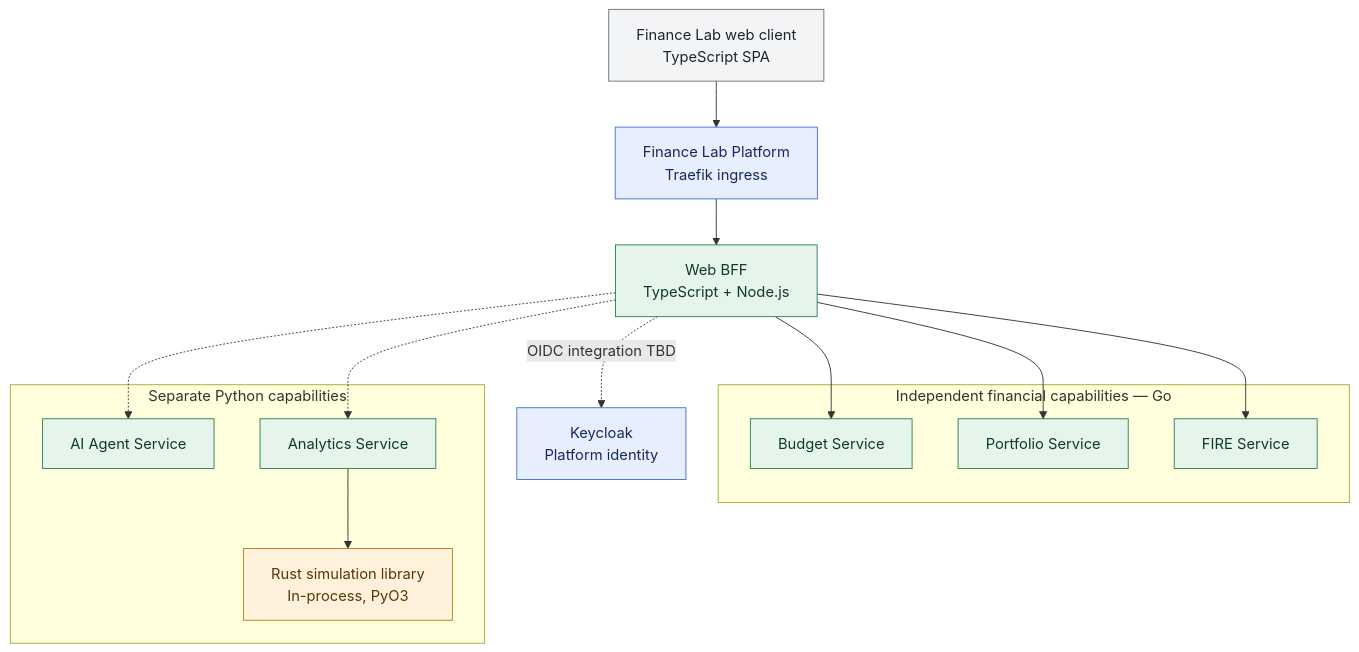
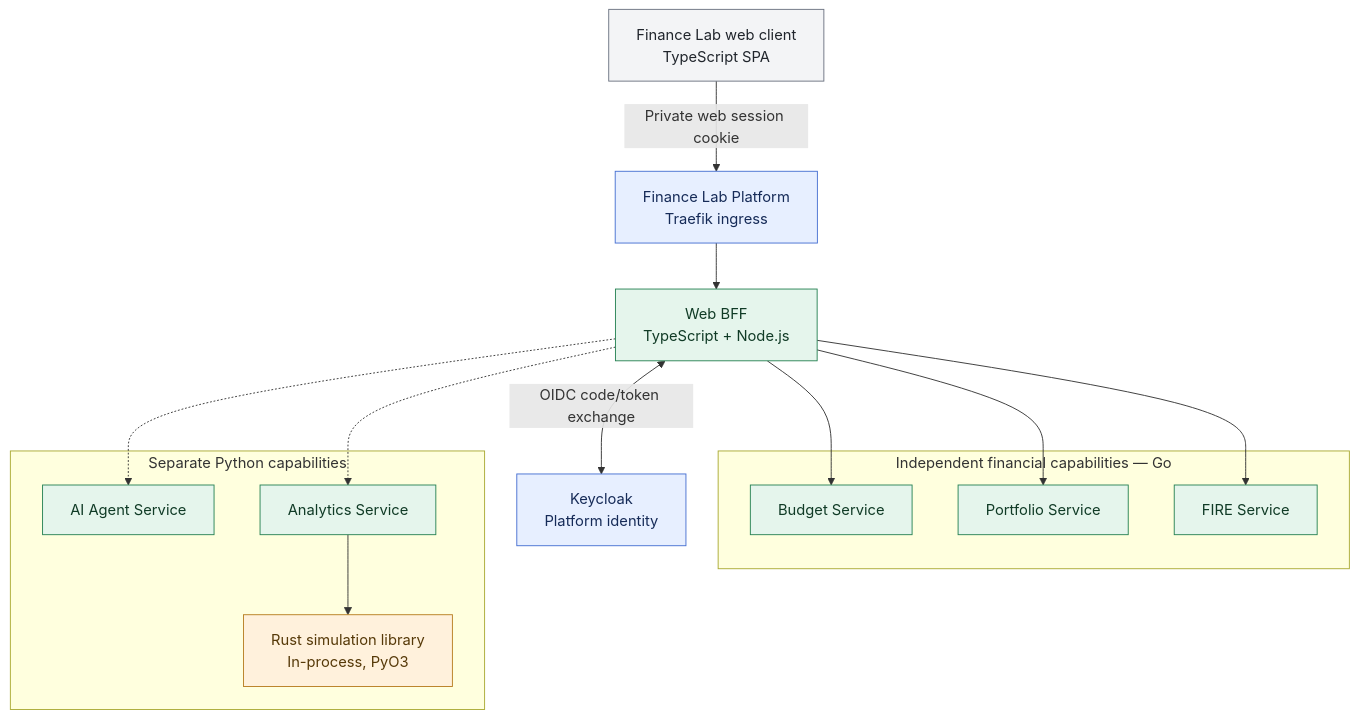
The diagram in docs/architecture/decisions/0004-independent-polyglot-services.md (anton415/finance-lab), drawn with Mermaid before and after one commit. The commit also changed other lines of this file and 5 other files, not shown here.

First line of the commit message:
docs(architecture): accept ADR-013 BFF-managed browser sessions

````diff
--- a/docs/architecture/decisions/0004-independent-polyglot-services.md
+++ b/docs/architecture/decisions/0004-independent-polyglot-services.md
@@ -32,37 +32,37 @@
 ```mermaid
 flowchart TD
     WEB["Finance Lab web client<br/>TypeScript SPA"]
     G["Finance Lab Platform<br/>Traefik ingress"]
     BFF["Web BFF<br/>TypeScript + Node.js"]
 
     subgraph DOMAIN["Independent financial capabilities — Go"]
         B["Budget Service"]
         P["Portfolio Service"]
         F["FIRE Service"]
     end
     subgraph PYTHON["Separate Python capabilities"]
         A["AI Agent Service"]
         ANALYTICS["Analytics Service"]
         RUST["Rust simulation library<br/>In-process, PyO3"]
         ANALYTICS --> RUST
     end
     IDP["Keycloak<br/>Platform identity"]
 
-    WEB --> G
+    WEB -->|"Private web session cookie"| G
     G --> BFF
     BFF --> B
     BFF --> P
     BFF --> F
     BFF -.-> A
     BFF -.-> ANALYTICS
-    BFF -.->|"OIDC integration TBD"| IDP
+    BFF <-->|"OIDC code/token exchange"| IDP
 
     classDef client fill:#F3F4F6,stroke:#6B7280,color:#20252C;
     classDef platform fill:#E7EFFF,stroke:#466FD1,color:#162B58;
     classDef service fill:#E5F5EC,stroke:#278254,color:#103B26;
     classDef native fill:#FFF1DC,stroke:#B77D20,color:#563908;
     class WEB client;
     class G,IDP platform;
     class BFF,B,P,F,A,ANALYTICS service;
     class RUST native;
 ```
````
